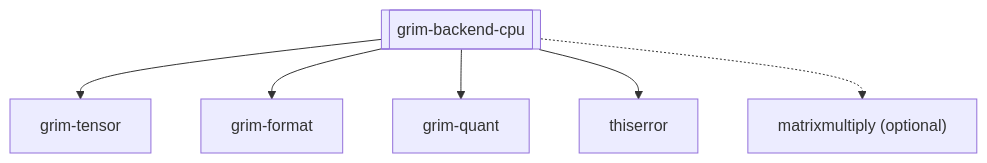
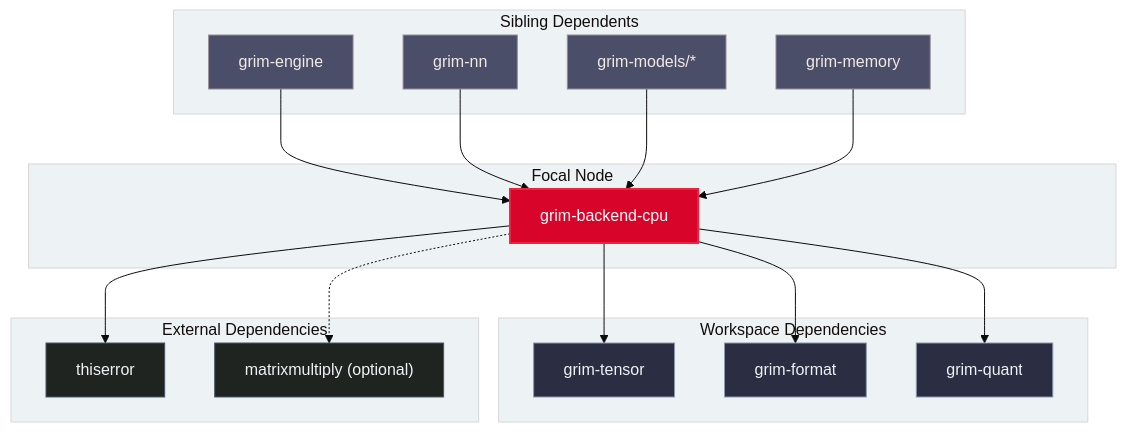
One commit to sydonayrex/grim changed the diagram in crates/grim-backend-cpu/README.md. Above: the diagram before and after it, drawn with Mermaid. The commit also changed other lines of this file and 17 other files, not shown here.

````diff
--- a/crates/grim-backend-cpu/README.md
+++ b/crates/grim-backend-cpu/README.md
@@ -8,16 +16,46 @@
 ```mermaid
-graph TD
-    grim-backend-cpu[["grim-backend-cpu"]]
-    
-    grim-tensor["grim-tensor"]
-    grim-format["grim-format"]
-    grim-quant["grim-quant"]
-    thiserror["thiserror"]
-    matrixmultiply["matrixmultiply (optional)"]
-    
-    grim-backend-cpu --> grim-tensor
-    grim-backend-cpu --> grim-format
-    grim-backend-cpu --> grim-quant
-    grim-backend-cpu --> thiserror
-    grim-backend-cpu -.-> matrixmultiply
+%%{init: {'theme': 'base', 'themeVariables': { 'primaryColor': '#2b2d42', 'edgeLabelBackground':'#ffffff', 'tertiaryColor': '#edf2f4'}}}%%
+flowchart TD
+    subgraph Sibling Dependents
+        grim_engine["grim-engine"]
+        grim_nn["grim-nn"]
+        grim_models["grim-models/*"]
+        grim_memory["grim-memory"]
+    end
+
+    subgraph Focal Node
+        grim_backend_cpu["grim-backend-cpu"]
+    end
+
+    subgraph Workspace Dependencies
+        grim_tensor["grim-tensor"]
+        grim_format["grim-format"]
+        grim_quant["grim-quant"]
+    end
+
+    subgraph External Dependencies
+        thiserror["thiserror"]
+        matrixmultiply["matrixmultiply (optional)"]
+    end
+
+    grim_engine --> grim_backend_cpu
+    grim_nn --> grim_backend_cpu
+    grim_models --> grim_backend_cpu
+    grim_memory --> grim_backend_cpu
+
+    grim_backend_cpu --> grim_tensor
+    grim_backend_cpu --> grim_format
+    grim_backend_cpu --> grim_quant
+    grim_backend_cpu --> thiserror
+    grim_backend_cpu -.-> matrixmultiply
+
+    classDef focal fill:#d90429,stroke:#ef233c,stroke-width:2px,color:#ffffff;
+    classDef workspace fill:#2b2d42,stroke:#8d99ae,stroke-width:1px,color:#edf2f4;
+    classDef sibling fill:#4a4e69,stroke:#9a8c98,stroke-width:1px,color:#f2e9e4;
+    classDef external fill:#1f2421,stroke:#495867,stroke-width:1px,color:#f0f3f4;
+
+    class grim_backend_cpu focal;
+    class grim_tensor,grim_format,grim_quant workspace;
+    class grim_engine,grim_nn,grim_models,grim_memory sibling;
+    class thiserror,matrixmultiply external;
 ```
````
